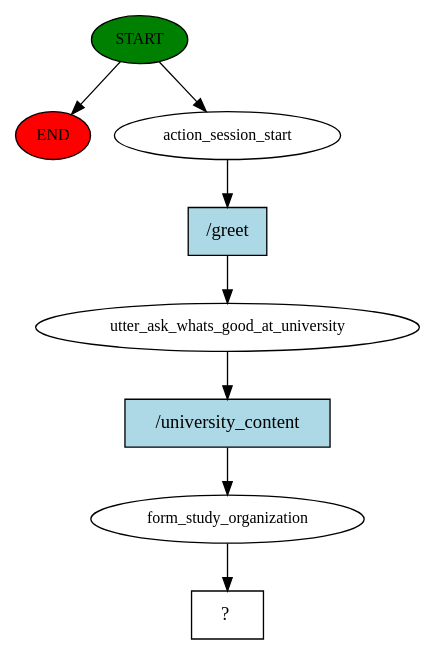
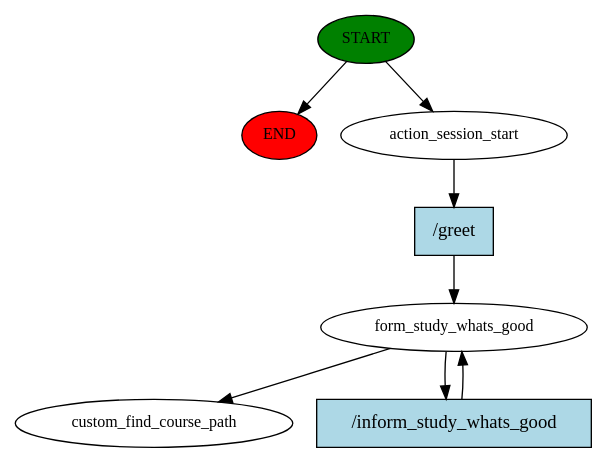
Before and after one commit to michaeleggers/RasaIntro: the diagram in project-neo-test-1/story_graph.dot, drawn with Graphviz. The commit also changed 3 other files, not shown here.

Commit message:
feat: custom action with triggering form works

```diff
--- a/project-neo-test-1/story_graph.dot
+++ b/project-neo-test-1/story_graph.dot
@@ -1,17 +1,16 @@
 digraph  {
 0 [class="start active", fillcolor=green, fontsize=12, label=START, style=filled];
 "-1" [class=end, fillcolor=red, fontsize=12, label=END, style=filled];
 1 [class=active, fontsize=12, label=action_session_start];
-2 [class=active, fontsize=12, label=utter_ask_whats_good_at_university];
-3 [class=active, fontsize=12, label=form_study_organization];
-4 [class="intent dashed active", label="  ?  ", shape=rect];
+2 [class=active, fontsize=12, label=form_study_whats_good];
+4 [class="dashed active", fontsize=12, label=custom_find_course_path];
 5 [class="intent active", fillcolor=lightblue, label="/greet", shape=rect, style=filled];
-6 [class="intent active", fillcolor=lightblue, label="/university_content", shape=rect, style=filled];
+6 [class="intent active", fillcolor=lightblue, label="/inform_study_whats_good", shape=rect, style=filled];
 0 -> "-1"  [class="", key=NONE, label=""];
 0 -> 1  [class=active, key=NONE, label=""];
 1 -> 5  [class=active, key=0];
+2 -> 4  [class=active, key=NONE, label=""];
 2 -> 6  [class=active, key=0];
-3 -> 4  [class=active, key=NONE, label=""];
 5 -> 2  [class=active, key=0];
-6 -> 3  [class=active, key=0];
+6 -> 2  [class=active, key=0];
 }
```
